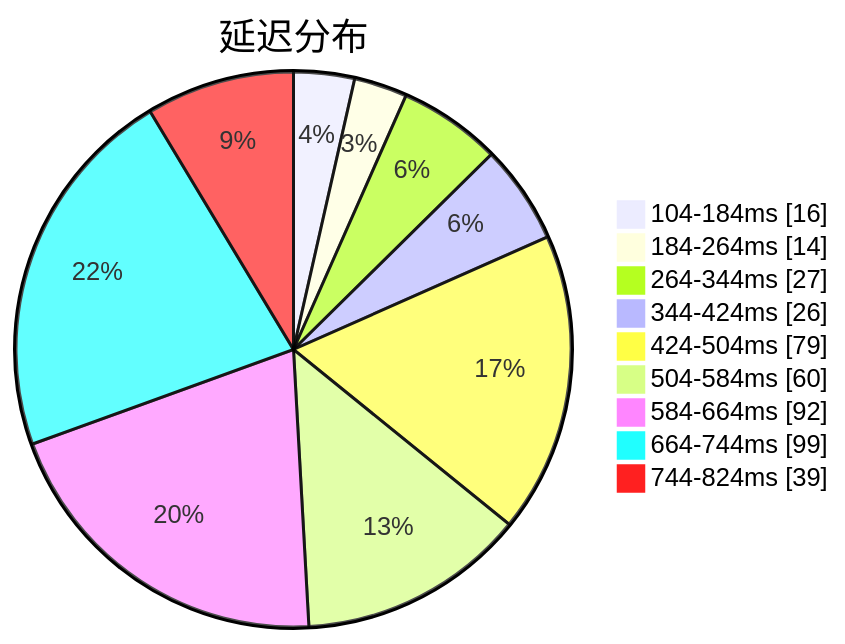
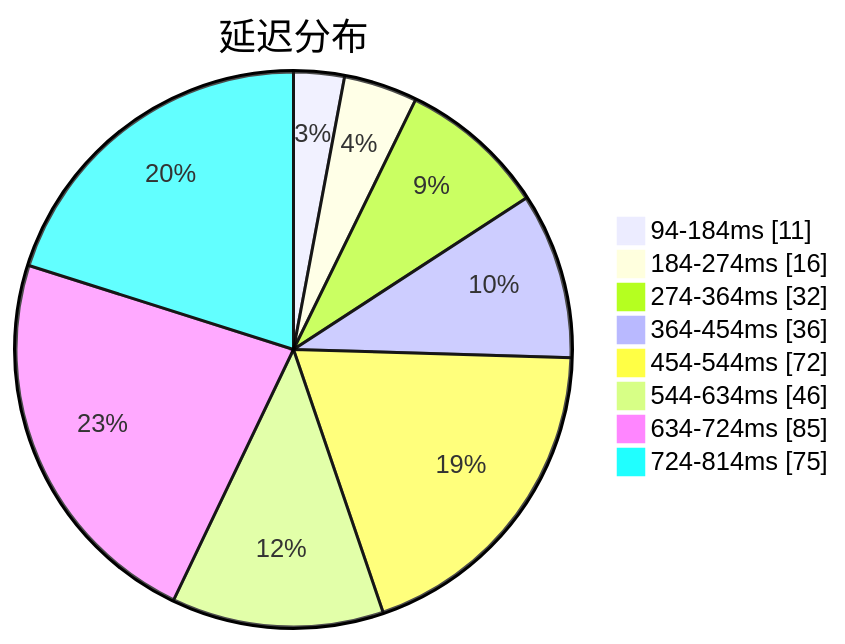
Before and after one commit to sinspired/airport: the first of 3 diagrams in subs/statistics/tested_within.md, drawn with Mermaid. The commit also changed other lines of this file and 2 other files, not shown here.

````diff
--- a/subs/statistics/tested_within.md
+++ b/subs/statistics/tested_within.md
@@ -2,13 +2,12 @@
 ```mermaid
 pie showData
 title 延迟分布
-"104-184ms" : 16
-"184-264ms" : 14
-"264-344ms" : 27
-"344-424ms" : 26
-"424-504ms" : 79
-"504-584ms" : 60
-"584-664ms" : 92
-"664-744ms" : 99
-"744-824ms" : 39
+"94-184ms" : 11
+"184-274ms" : 16
+"274-364ms" : 32
+"364-454ms" : 36
+"454-544ms" : 72
+"544-634ms" : 46
+"634-724ms" : 85
+"724-814ms" : 75
 ```
````
